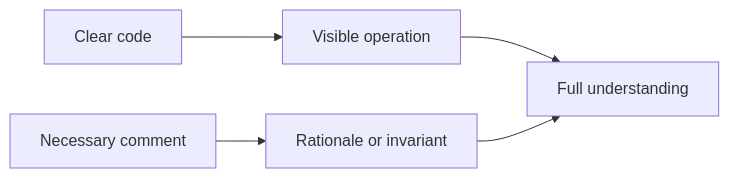
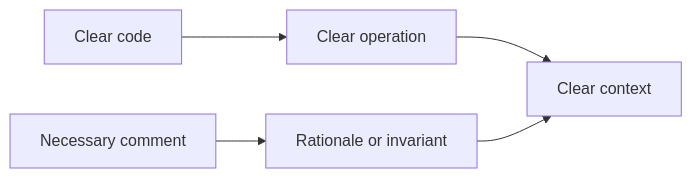
The diagram in docs/principles/details/p087-comments-explain-why-code-explains-what.md (HomericIntelligence/Athena), drawn with Mermaid before and after one commit. The commit also changed other lines of this file and 91 other files, not shown here.

````diff
--- a/docs/principles/details/p087-comments-explain-why-code-explains-what.md
+++ b/docs/principles/details/p087-comments-explain-why-code-explains-what.md
@@ -37,7 +37,7 @@
 ```mermaid
 flowchart LR
-    A["Clear code"] --> B["Visible operation"]
+    A["Clear code"] --> B["Clear operation"]
     C["Necessary comment"] --> D["Rationale or invariant"]
-    B --> E["Full understanding"]
+    B --> E["Clear context"]
     D --> E
 ```
````
